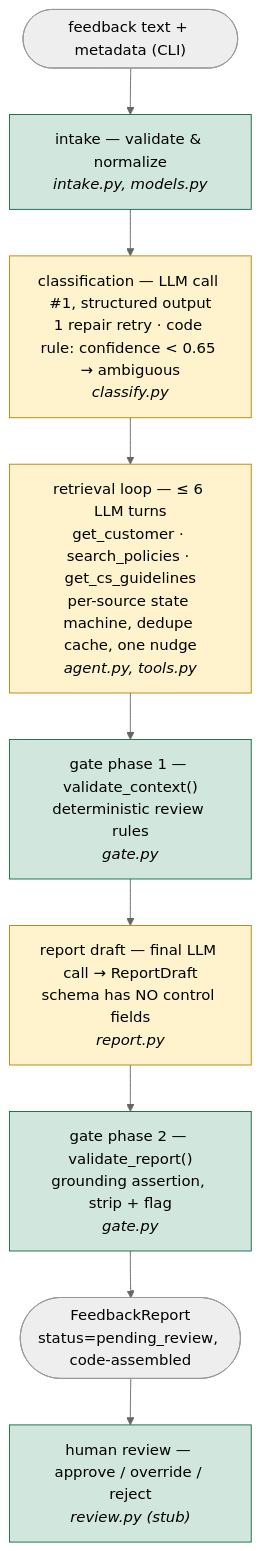
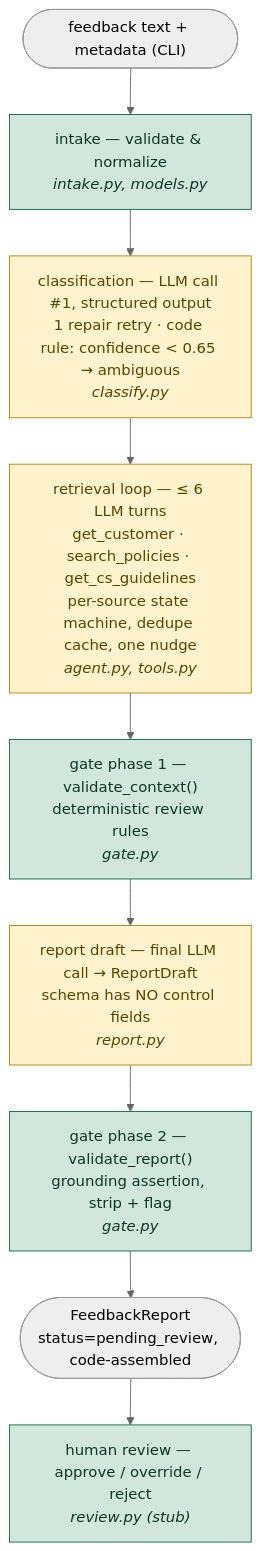
Before and after one commit to ch1nhcp/cfas: the diagram in README.md, drawn with Mermaid (neutral theme).

Commit message:
docs: set explicit text colors in Mermaid diagram for dark-mode readability

````diff
--- a/README.md
+++ b/README.md
@@ -17,16 +17,16 @@
 ```mermaid
 flowchart TD
     IN(["feedback text + metadata (CLI)"]) --> INTAKE["intake — validate & normalize<br/><i>intake.py, models.py</i>"]
     INTAKE --> CLS["classification — LLM call #1, structured output<br/>1 repair retry · code rule: confidence &lt; 0.65 → ambiguous<br/><i>classify.py</i>"]
     CLS --> LOOP["retrieval loop — ≤ 6 LLM turns<br/>get_customer · search_policies · get_cs_guidelines<br/>per-source state machine, dedupe cache, one nudge<br/><i>agent.py, tools.py</i>"]
     LOOP --> G1["gate phase 1 — validate_context()<br/>deterministic review rules<br/><i>gate.py</i>"]
     G1 --> DRAFT["report draft — final LLM call → ReportDraft<br/>schema has NO control fields<br/><i>report.py</i>"]
     DRAFT --> G2["gate phase 2 — validate_report()<br/>grounding assertion, strip + flag<br/><i>gate.py</i>"]
     G2 --> OUT(["FeedbackReport<br/>status=pending_review, code-assembled"])
     OUT --> REVIEW["human review — approve / override / reject<br/><i>review.py (stub)</i>"]
 
-    classDef llm fill:#fff3cd,stroke:#b8860b
-    classDef code fill:#d1e7dd,stroke:#146c43
+    classDef llm fill:#fff3cd,stroke:#b8860b,color:#5c4400
+    classDef code fill:#d1e7dd,stroke:#146c43,color:#0c3823
     class CLS,LOOP,DRAFT llm
     class INTAKE,G1,G2,REVIEW code
 ```
````
